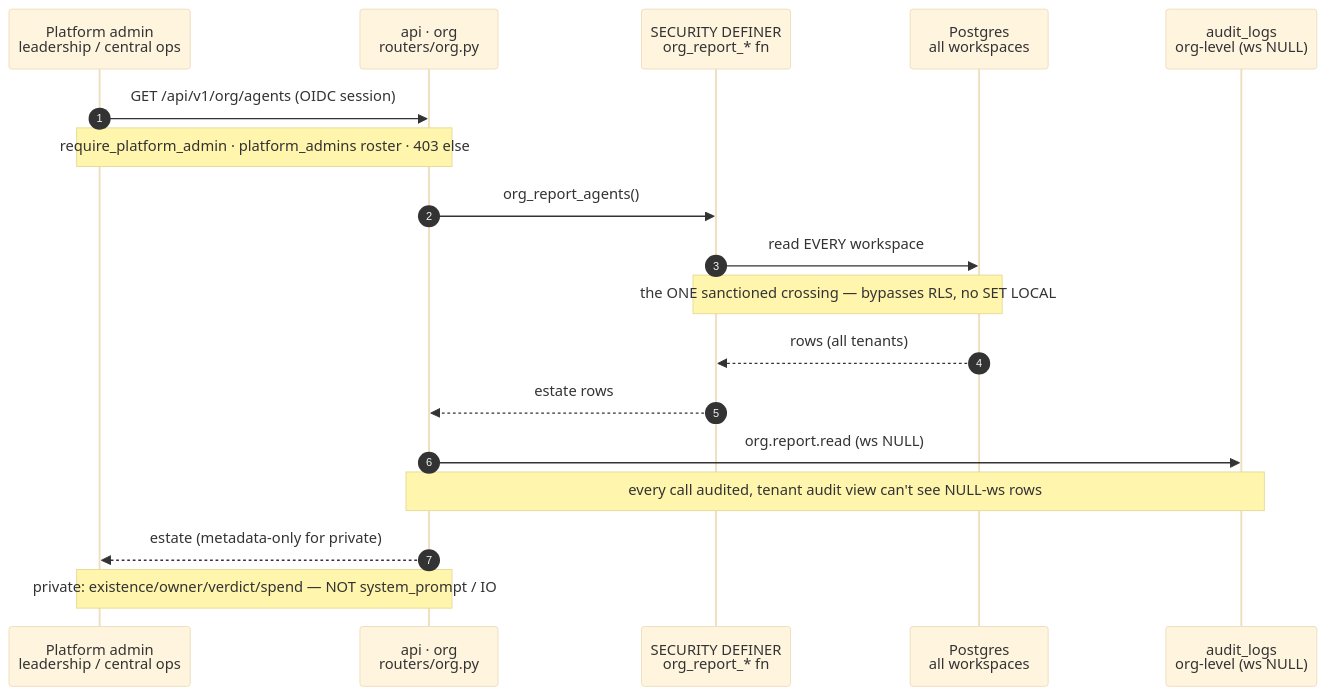
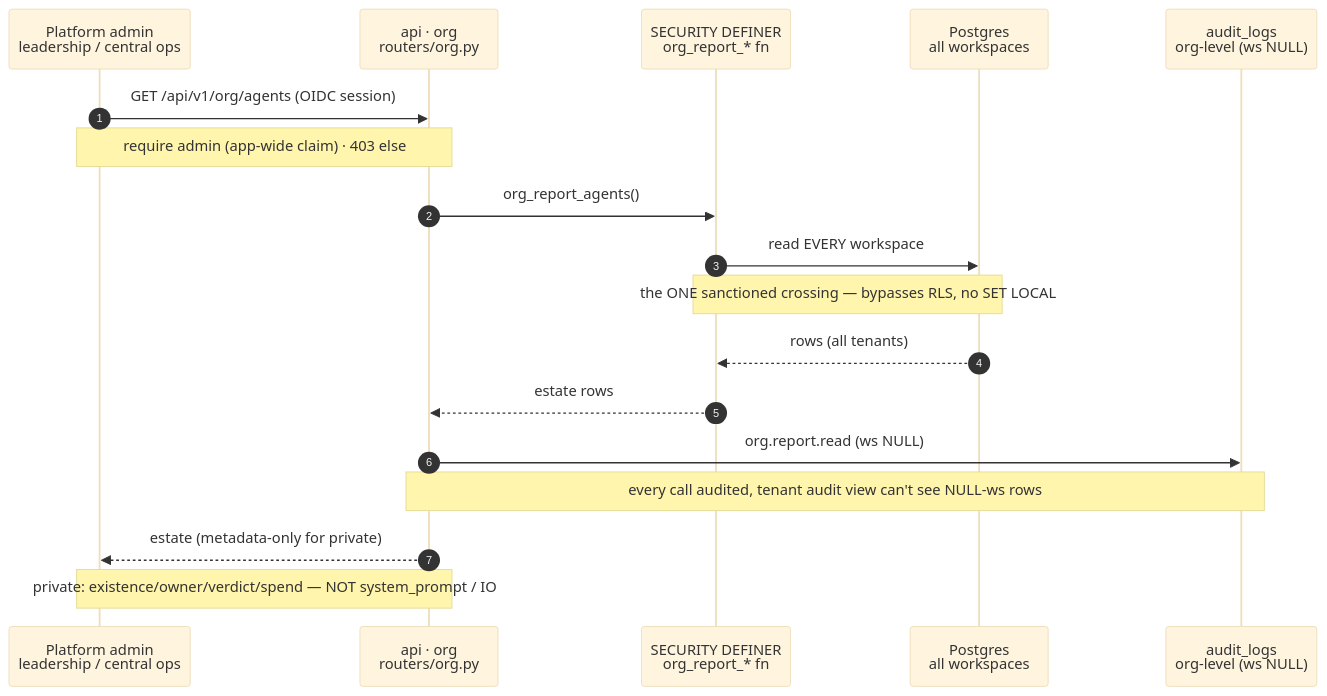
Before and after one commit to gargraman/agent-catalyst: diagram 14 of 17 in docs/diagrams/backend-design/backend-design-diagrams.md, drawn with Mermaid (base theme). The commit also changed other lines of this file and 40 other files, not shown here.

````diff
--- a/docs/diagrams/backend-design/backend-design-diagrams.md
+++ b/docs/diagrams/backend-design/backend-design-diagrams.md
@@ -899,20 +899,20 @@
 ```mermaid
 sequenceDiagram
     autonumber
     participant admin as Platform admin<br/>leadership / central ops
     participant api as api · org<br/>routers/org.py
     participant fn as SECURITY DEFINER<br/>org_report_* fn
     participant db as Postgres<br/>all workspaces
     participant audit as audit_logs<br/>org-level (ws NULL)
     admin->>api: GET /api/v1/org/agents (OIDC session)
-    Note over admin,api: require_platform_admin · platform_admins roster · 403 else
+    Note over admin,api: require admin (app-wide claim) · 403 else
     api->>fn: org_report_agents()
     fn->>db: read EVERY workspace
     Note over fn,db: the ONE sanctioned crossing — bypasses RLS, no SET LOCAL
     db-->>fn: rows (all tenants)
     fn-->>api: estate rows
     api->>audit: org.report.read (ws NULL)
     Note over api,audit: every call audited, tenant audit view can't see NULL-ws rows
     api-->>admin: estate (metadata-only for private)
     Note over api,admin: private: existence/owner/verdict/spend — NOT system_prompt / IO
 ```
````
